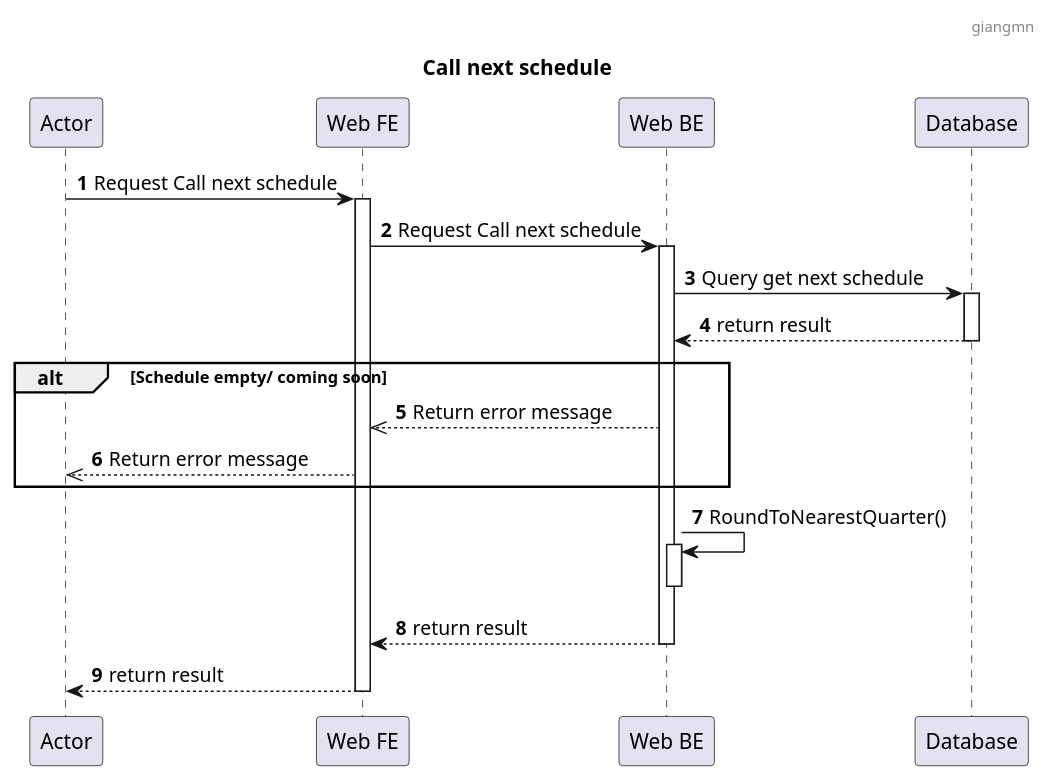
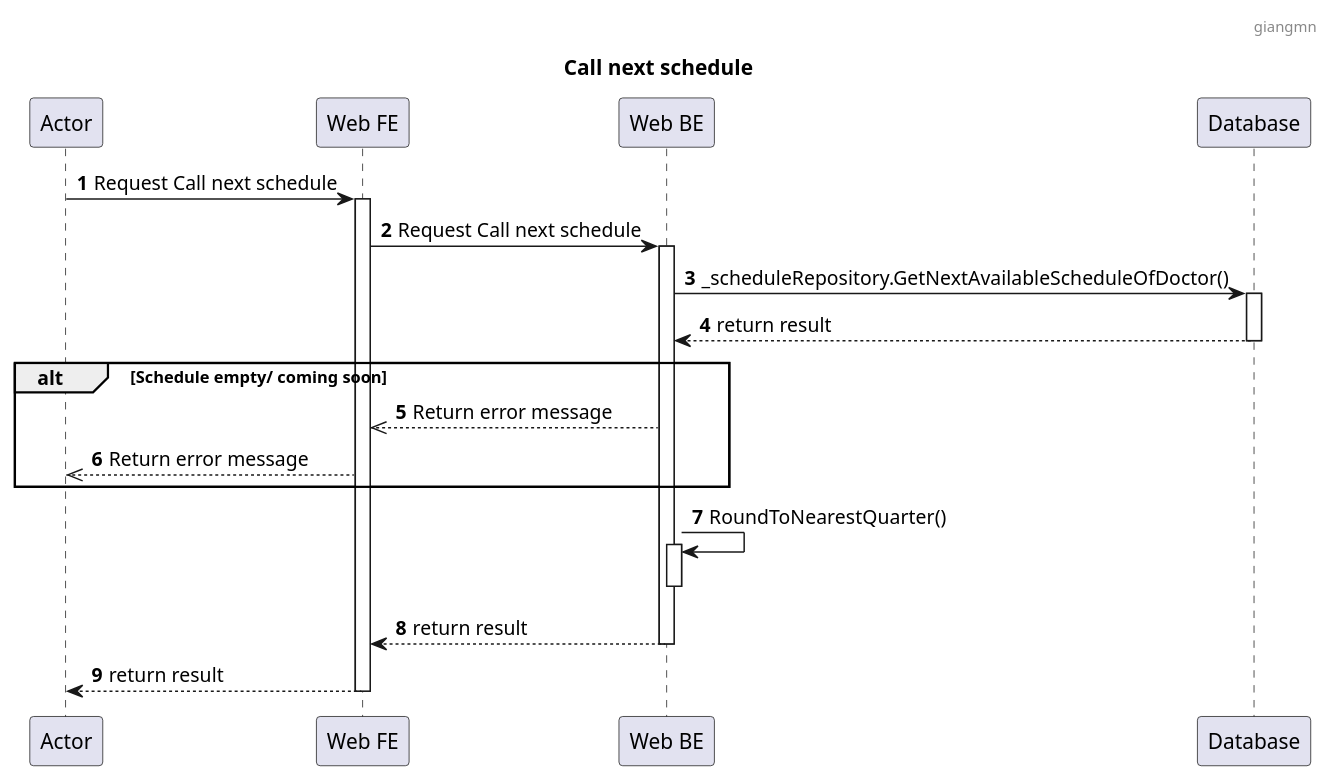
One commit to jang1902/SEP490_Sequence changed the diagram in Sequence/Schedule/Call next Schedule.puml. Above: the diagram before and after it, drawn with PlantUML. The commit also changed 10 other files, not shown here.

```diff
--- a/Sequence/Schedule/Call next Schedule.puml
+++ b/Sequence/Schedule/Call next Schedule.puml
@@ -1,31 +1,31 @@
 @startuml
 header : giangmn
 title: Call next schedule
 autonumber
 
 participant "Actor" as a
 participant "Web FE" as fe
 participant "Web BE" as be
 participant "Database" as db
 
 a-> fe: Request Call next schedule
 fe++
 fe -> be: Request Call next schedule
 be++
-be -> db: Query get next schedule
+be -> db: _scheduleRepository.GetNextAvailableScheduleOfDoctor()
 db++
 db --> be: return result
 db--
 alt Schedule empty/ coming soon
 be -->> fe: Return error message
 fe -->> a: Return error message
 end
 
 be->be: RoundToNearestQuarter()
 be++
 be--
 be --> fe: return result
 be--
 fe--> a: return result
 fe--
 @enduml
```
